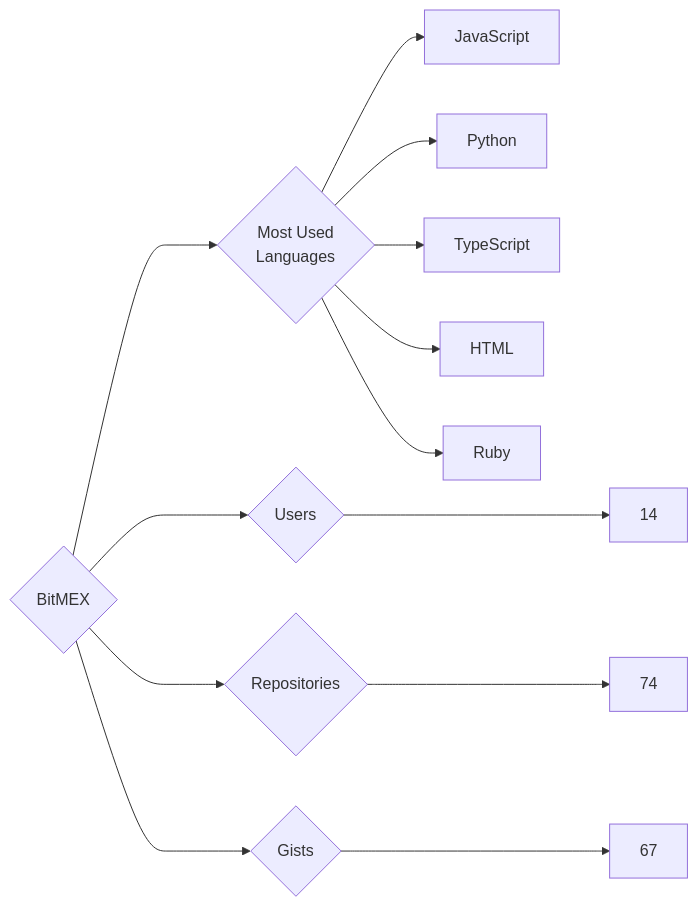
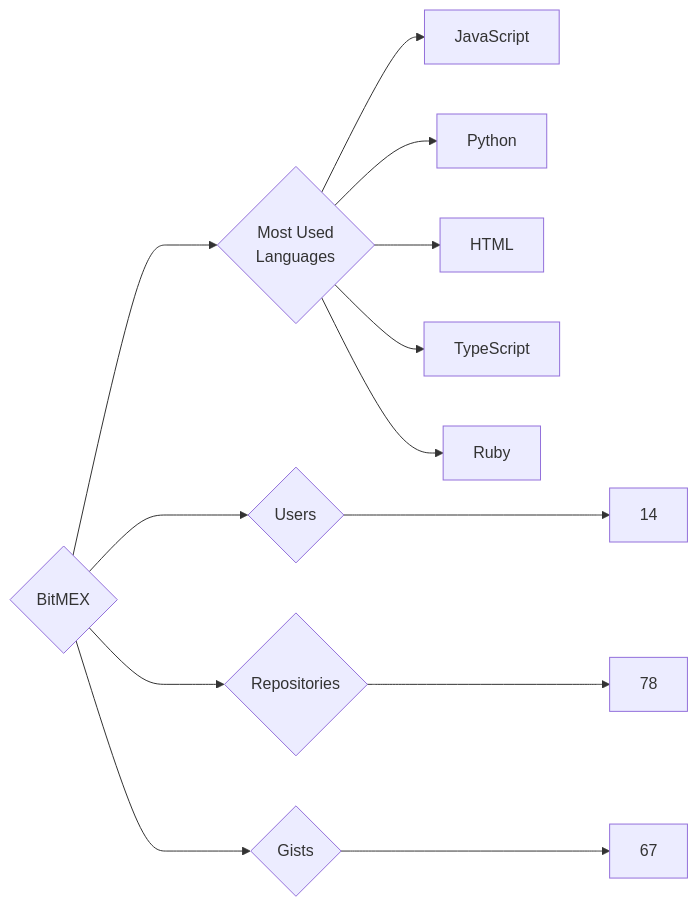
Before and after one commit to trickest/insiders: the diagram in targets/BitMEX/README.md, drawn with Mermaid. The commit also changed 1055 other files, not shown here.

````diff
--- a/targets/BitMEX/README.md
+++ b/targets/BitMEX/README.md
@@ -3,13 +3,13 @@
 ```mermaid
 graph LR
 COMPANY_NAME{BitMEX}
 COMPANY_NAME ---> U{Users} ---> UN[14]
-COMPANY_NAME ---> R{Repositories} ---> RN[74]
+COMPANY_NAME ---> R{Repositories} ---> RN[78]
 COMPANY_NAME ---> G{Gists} ---> GN[67]
 COMPANY_NAME ---> ML{Most Used<br>Languages}
 ML --> JavaScript[JavaScript]
 ML --> Python[Python]
+ML --> HTML[HTML]
 ML --> TypeScript[TypeScript]
-ML --> HTML[HTML]
 ML --> Ruby[Ruby]
 ```
````
